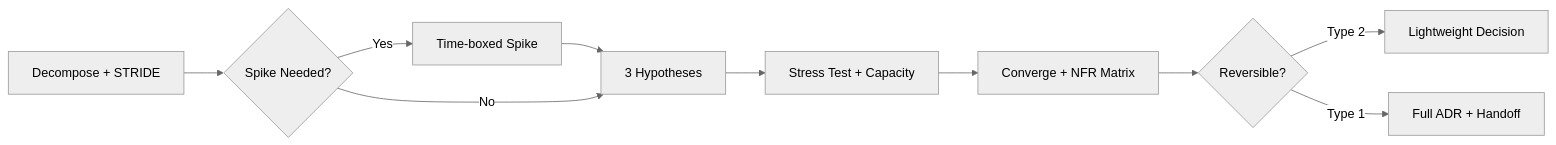
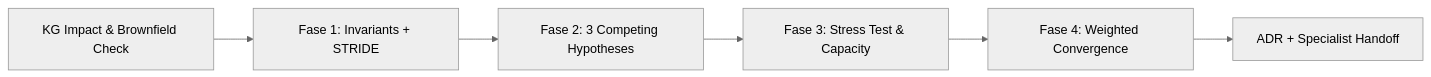
Before and after one commit to giriedu/maxilun: the diagram in skills/maxilun-architect/SKILL.md, drawn with Mermaid (neutral theme). The commit also changed other lines of this file and 46 other files, not shown here.

````diff
--- a/skills/maxilun-architect/SKILL.md
+++ b/skills/maxilun-architect/SKILL.md
@@ -107,12 +92,8 @@
 ```mermaid
 flowchart LR
-    A[Decompose + STRIDE] --> B{Spike Needed?}
-    B -- Yes --> C[Time-boxed Spike]
-    C --> D[3 Hypotheses]
-    B -- No --> D
-    D --> E[Stress Test + Capacity]
-    E --> F[Converge + NFR Matrix]
-    F --> G{Reversible?}
-    G -- Type 2 --> H[Lightweight Decision]
-    G -- Type 1 --> I[Full ADR + Handoff]
+    A[KG Impact & Brownfield Check] --> B[Fase 1: Invariants + STRIDE]
+    B --> C[Fase 2: 3 Competing Hypotheses]
+    C --> D[Fase 3: Stress Test & Capacity]
+    D --> E[Fase 4: Weighted Convergence]
+    E --> F[ADR + Specialist Handoff]
 ```
````
